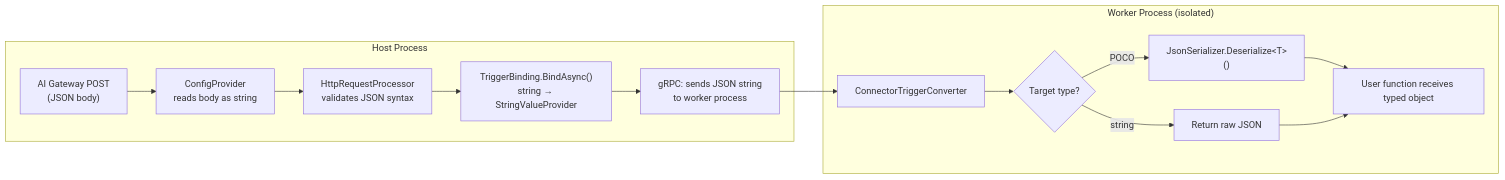
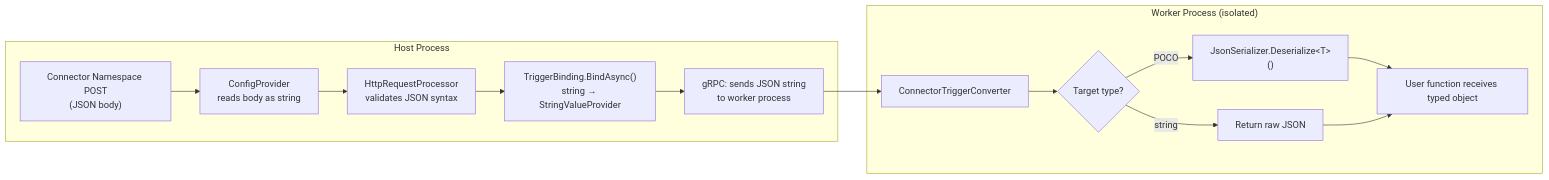
One commit to Azure/azure-functions-connector-extension changed the fifth of 5 diagrams in docs/connector-extension-design.md. Above: the diagram before and after it, drawn with Mermaid. The commit also changed other lines of this file and 3 other files, not shown here.

````diff
--- a/docs/connector-extension-design.md
+++ b/docs/connector-extension-design.md
@@ -320,18 +311,18 @@
 ```mermaid
 flowchart LR
     subgraph "Host Process"
-        A["AI Gateway POST<br/>(JSON body)"] --> B["ConfigProvider<br/>reads body as string"]
+        A["Connector Namespace POST<br/>(JSON body)"] --> B["ConfigProvider<br/>reads body as string"]
         B --> C["HttpRequestProcessor<br/>validates JSON syntax"]
         C --> D["TriggerBinding.BindAsync()<br/>string → StringValueProvider"]
         D --> E["gRPC: sends JSON string<br/>to worker process"]
     end
 
     subgraph "Worker Process (isolated)"
         E --> F["ConnectorTriggerConverter"]
         F --> G{"Target type?"}
         G -->|string| H["Return raw JSON"]
         G -->|POCO| I["JsonSerializer.Deserialize&lt;T&gt;()"]
         I --> J["User function receives typed object"]
         H --> J
     end
 ```
````
